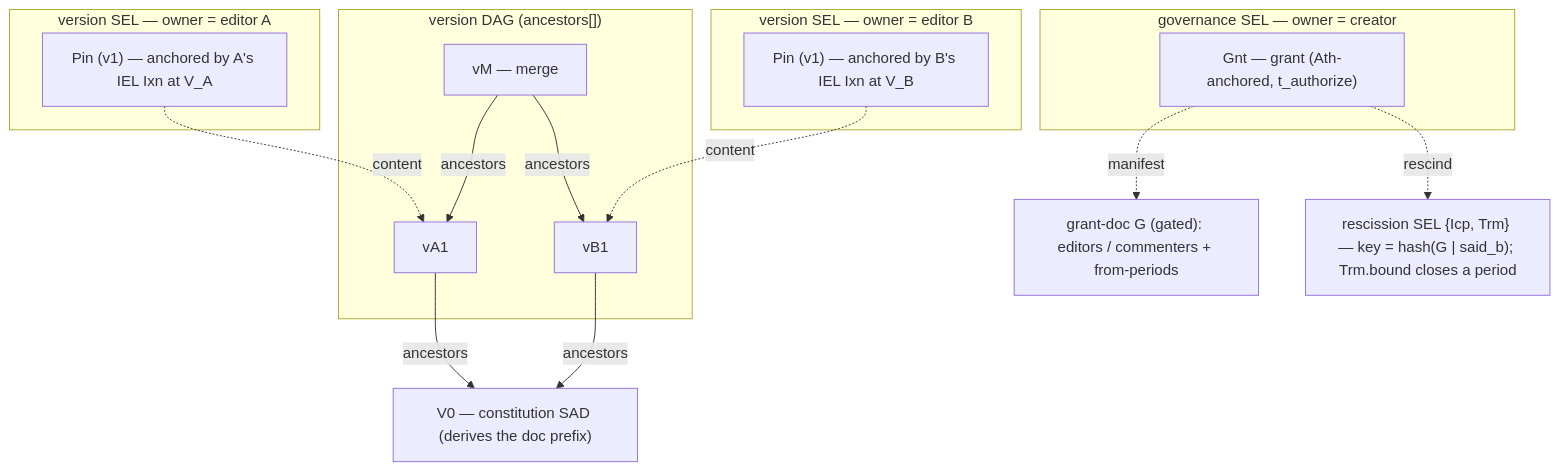
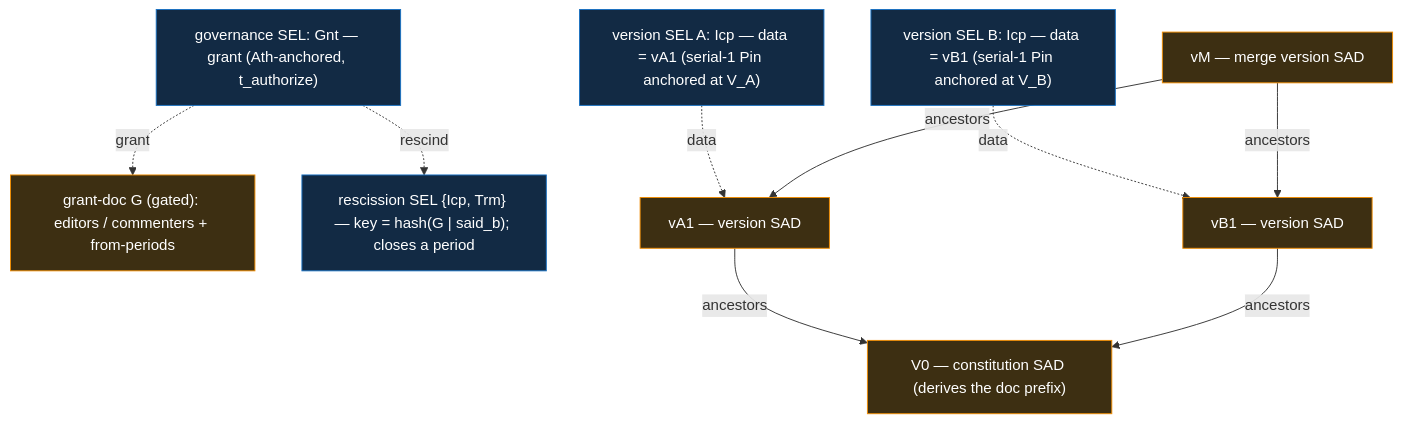
Before and after one commit to jasoncolburne/vdti: the diagram in docs/design/features/multi-party/documents.md, drawn with Mermaid. The commit also changed other lines of this file and 13 other files, not shown here.

Commit message:
VDTI-10: Fix table, diagrams, other defects

````diff
--- a/docs/design/features/multi-party/documents.md
+++ b/docs/design/features/multi-party/documents.md
@@ -23,32 +25,22 @@
 ```mermaid
 flowchart TB
-  V0["V0 — constitution SAD (derives the doc prefix)"]
-
-  subgraph gov["governance SEL — owner = creator"]
-    gGnt["Gnt — grant (Ath-anchored, t_authorize)"]
-  end
-  G["grant-doc G (gated): editors / commenters + from-periods"]
-  Resc["rescission SEL {Icp, Trm} — key = hash(G | said_b); Trm.bound closes a period"]
-
-  subgraph verA["version SEL — owner = editor A"]
-    vpA["Pin (v1) — anchored by A's IEL Ixn at V_A"]
-  end
-  subgraph verB["version SEL — owner = editor B"]
-    vpB["Pin (v1) — anchored by B's IEL Ixn at V_B"]
-  end
-
-  subgraph dag["version DAG (ancestors[])"]
-    vA1["vA1"]
-    vB1["vB1"]
-    vM["vM — merge"]
-  end
-
-  gGnt -.->|manifest| G
+  V0["V0 — constitution SAD (derives the doc prefix)"]:::doc
+  gGnt["governance SEL: Gnt — grant (Ath-anchored, t_authorize)"]:::sel
+  G["grant-doc G (gated): editors / commenters + from-periods"]:::doc
+  Resc["rescission SEL {Icp, Trm} — key = hash(G | said_b); closes a period"]:::sel
+  vA["version SEL A: Icp — data = vA1 (serial-1 Pin anchored at V_A)"]:::sel
+  vB["version SEL B: Icp — data = vB1 (serial-1 Pin anchored at V_B)"]:::sel
+  vA1["vA1 — version SAD"]:::doc
+  vB1["vB1 — version SAD"]:::doc
+  vM["vM — merge version SAD"]:::doc
+  gGnt -.->|grant| G
   gGnt -. rescind .-> Resc
-  vpA -.->|content| vA1
-  vpB -.->|content| vB1
+  vA -.->|data| vA1
+  vB -.->|data| vB1
   vA1 -->|ancestors| V0
   vB1 -->|ancestors| V0
   vM -->|ancestors| vA1
   vM -->|ancestors| vB1
+  classDef sel fill:#122a44,stroke:#1971c2,color:#fff
+  classDef doc fill:#3d2f12,stroke:#f08c00,color:#fff
 ```
````
